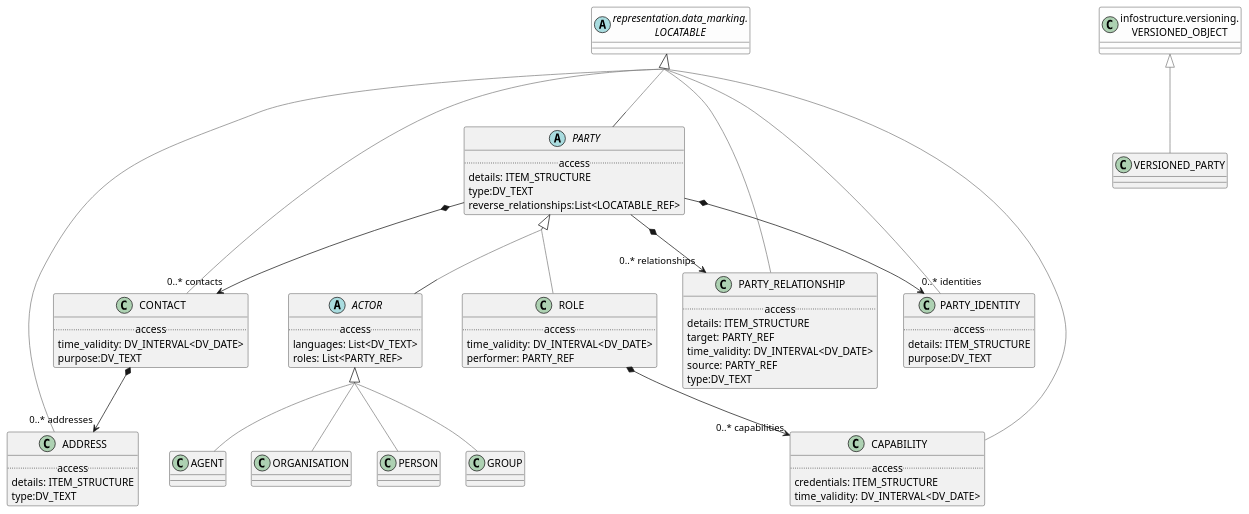
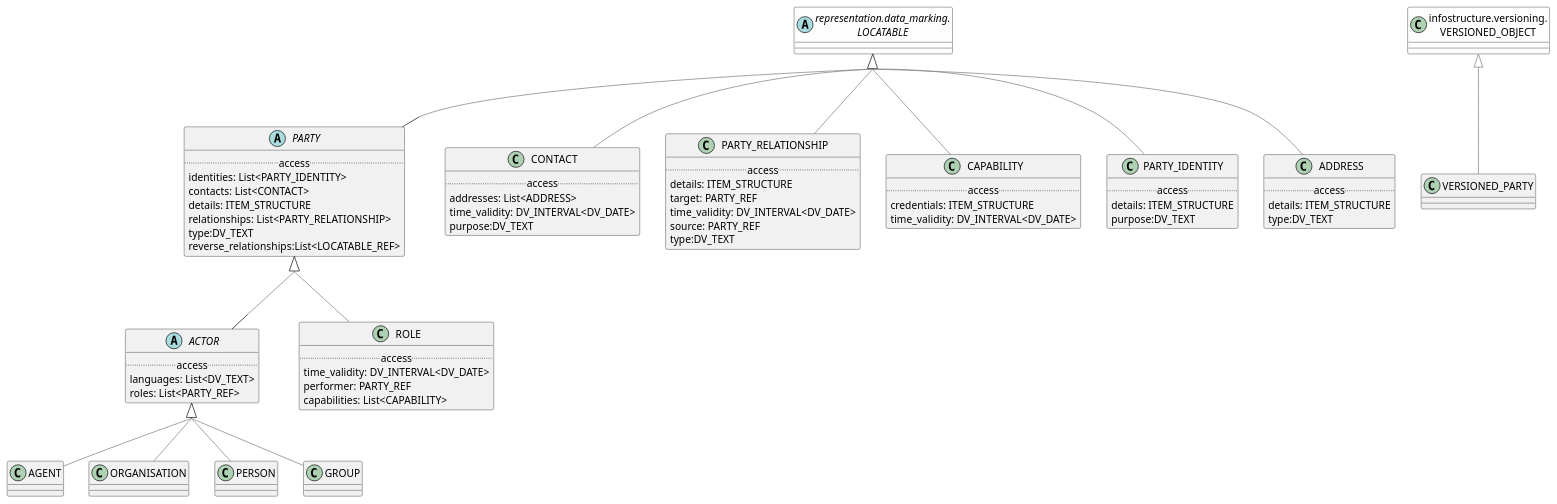
One commit to wolandscat/openehr-doc changed the diagram in modules/ROOT/examples/bmm/foundation/demographic/demographic-package-uml.adoc. Above: the diagram before and after it, drawn with PlantUML. The commit also changed 2355 other files, not shown here.

```diff
--- a/modules/ROOT/examples/bmm/foundation/demographic/demographic-package-uml.adoc
+++ b/modules/ROOT/examples/bmm/foundation/demographic/demographic-package-uml.adoc
@@ -3,21 +3,20 @@
-[plantuml,opts=interactive]
+[plantuml,opts=interactive,link=self]
 ....
 skinparam groupInheritance 2
 skinparam citedClassColor #FDFDFD
 
 
-class CONTACT [[/splashlang-doc/latest/foundation/foundation-demographic.html#_class_contact]] {
+class CONTACT [[/openehr-doc/latest/foundation/demographic-gen.html#_class_contact]] {
         .. access ..
+        addresses: List<ADDRESS>
         time_validity: DV_INTERVAL<DV_DATE>
         purpose:DV_TEXT
 }
 
-LOCATABLE <|-[#gray]- CONTACT
+CONTACT -[#gray]up-|> LOCATABLE  
 
 
-CONTACT *--> "0..* addresses" ADDRESS
-
-class PARTY_RELATIONSHIP [[/splashlang-doc/latest/foundation/foundation-demographic.html#_class_party_relationship]] {
+class PARTY_RELATIONSHIP [[/openehr-doc/latest/foundation/demographic-gen.html#_class_party_relationship]] {
         .. access ..
         details: ITEM_STRUCTURE
         target: PARTY_REF
@@ -26,104 +25,100 @@
         type:DV_TEXT
 }
 
-LOCATABLE <|-[#gray]- PARTY_RELATIONSHIP
+PARTY_RELATIONSHIP -[#gray]up-|> LOCATABLE  
 
 
-class CAPABILITY [[/splashlang-doc/latest/foundation/foundation-demographic.html#_class_capability]] {
+class CAPABILITY [[/openehr-doc/latest/foundation/demographic-gen.html#_class_capability]] {
         .. access ..
         credentials: ITEM_STRUCTURE
         time_validity: DV_INTERVAL<DV_DATE>
 }
 
-LOCATABLE <|-[#gray]- CAPABILITY
+CAPABILITY -[#gray]up-|> LOCATABLE  
 
 
-class ROLE [[/splashlang-doc/latest/foundation/foundation-demographic.html#_class_role]] {
+class ROLE [[/openehr-doc/latest/foundation/demographic-gen.html#_class_role]] {
         .. access ..
         time_validity: DV_INTERVAL<DV_DATE>
         performer: PARTY_REF
+        capabilities: List<CAPABILITY>
 }
 
-PARTY <|-[#gray]- ROLE
+ROLE -[#gray]up-|> PARTY  
 
 
-ROLE *--> "0..* capabilities" CAPABILITY
-
-class AGENT [[/splashlang-doc/latest/foundation/foundation-demographic.html#_class_agent]] {
+class AGENT [[/openehr-doc/latest/foundation/demographic-gen.html#_class_agent]] {
 }
 
-ACTOR <|-[#gray]- AGENT
+AGENT -[#gray]up-|> ACTOR  
 
 
-class ORGANISATION [[/splashlang-doc/latest/foundation/foundation-demographic.html#_class_organisation]] {
+class ORGANISATION [[/openehr-doc/latest/foundation/demographic-gen.html#_class_organisation]] {
 }
 
-ACTOR <|-[#gray]- ORGANISATION
+ORGANISATION -[#gray]up-|> ACTOR  
 
 
-class PARTY_IDENTITY [[/splashlang-doc/latest/foundation/foundation-demographic.html#_class_party_identity]] {
+class PARTY_IDENTITY [[/openehr-doc/latest/foundation/demographic-gen.html#_class_party_identity]] {
         .. access ..
         details: ITEM_STRUCTURE
         purpose:DV_TEXT
 }
 
-LOCATABLE <|-[#gray]- PARTY_IDENTITY
+PARTY_IDENTITY -[#gray]up-|> LOCATABLE  
 
 
-abstract class PARTY [[/splashlang-doc/latest/foundation/foundation-demographic.html#_class_party]] {
+abstract class PARTY [[/openehr-doc/latest/foundation/demographic-gen.html#_class_party]] {
         .. access ..
+        identities: List<PARTY_IDENTITY>
+        contacts: List<CONTACT>
         details: ITEM_STRUCTURE
+        relationships: List<PARTY_RELATIONSHIP>
         type:DV_TEXT
         reverse_relationships:List<LOCATABLE_REF>
 }
 
-LOCATABLE <|-[#gray]- PARTY
+PARTY -[#gray]up-|> LOCATABLE  
 
 
-PARTY *--> "0..* identities" PARTY_IDENTITY
-
-PARTY *--> "0..* contacts" CONTACT
-
-PARTY *--> "0..* relationships" PARTY_RELATIONSHIP
-
-class PERSON [[/splashlang-doc/latest/foundation/foundation-demographic.html#_class_person]] {
+class PERSON [[/openehr-doc/latest/foundation/demographic-gen.html#_class_person]] {
 }
 
-ACTOR <|-[#gray]- PERSON
+PERSON -[#gray]up-|> ACTOR  
 
 
-class ADDRESS [[/splashlang-doc/latest/foundation/foundation-demographic.html#_class_address]] {
+class ADDRESS [[/openehr-doc/latest/foundation/demographic-gen.html#_class_address]] {
         .. access ..
         details: ITEM_STRUCTURE
         type:DV_TEXT
 }
 
-LOCATABLE <|-[#gray]- ADDRESS
+ADDRESS -[#gray]up-|> LOCATABLE  
 
 
-class VERSIONED_PARTY [[/splashlang-doc/latest/foundation/foundation-demographic.html#_class_versioned_party]] {
+class VERSIONED_PARTY [[/openehr-doc/latest/foundation/demographic-gen.html#_class_versioned_party]] {
 }
 
-VERSIONED_OBJECT <|-[#gray]- VERSIONED_PARTY
+VERSIONED_PARTY -[#gray]up-|> VERSIONED_OBJECT  
 
 
-abstract class ACTOR [[/splashlang-doc/latest/foundation/foundation-demographic.html#_class_actor]] {
+abstract class ACTOR [[/openehr-doc/latest/foundation/demographic-gen.html#_class_actor]] {
         .. access ..
         languages: List<DV_TEXT>
         roles: List<PARTY_REF>
 }
 
-PARTY <|-[#gray]- ACTOR
+ACTOR -[#gray]up-|> PARTY  
 
 
-class GROUP [[/splashlang-doc/latest/foundation/foundation-demographic.html#_class_group]] {
+class GROUP [[/openehr-doc/latest/foundation/demographic-gen.html#_class_group]] {
 }
 
-ACTOR <|-[#gray]- GROUP
+GROUP -[#gray]up-|> ACTOR  
 
-abstract class "representation.data_marking.\nLOCATABLE" as LOCATABLE  [[/splashlang-doc/latest/representation/representation-data_marking.html#_class_locatable]] #FDFDFD {
+abstract class "representation.data_marking.\nLOCATABLE" as LOCATABLE  [[/openehr-doc/latest/representation/data_marking-gen.html#_class_locatable]] #FDFDFD {
 }
-class "infostructure.versioning.\nVERSIONED_OBJECT" as VERSIONED_OBJECT  [[/splashlang-doc/latest/infostructure/infostructure-versioning.html#_class_versioned_object]] #FDFDFD {
+class "infostructure.versioning.\nVERSIONED_OBJECT" as VERSIONED_OBJECT  [[/openehr-doc/latest/infostructure/versioning-gen.html#_class_versioned_object]] #FDFDFD {
 }
 
 ....
```
